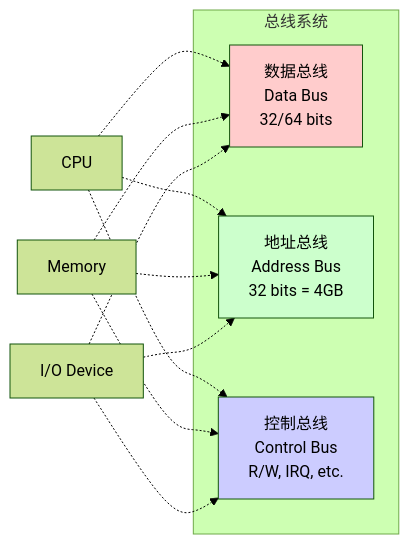
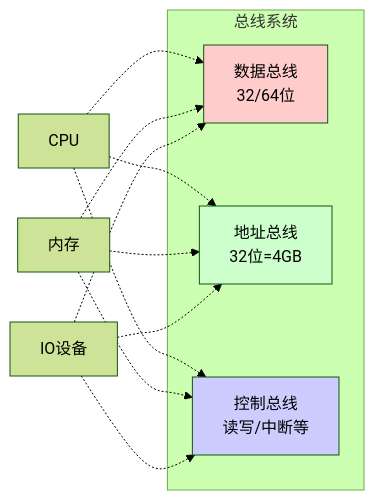
Before and after one commit to laoliu-463/-11: the second of 3 diagrams in 计算机组成原理/1-核心笔记/精简版/22-总线系统.md, drawn with Mermaid (forest theme). The commit also changed other lines of this file and 6 other files, not shown here.

````diff
--- a/计算机组成原理/1-核心笔记/精简版/22-总线系统.md
+++ b/计算机组成原理/1-核心笔记/精简版/22-总线系统.md
@@ -120,24 +98,24 @@
 ```mermaid
 graph LR
-    subgraph BUS[总线系统]
-        DB[数据总线<br/>Data Bus<br/>32/64 bits]
-        AB[地址总线<br/>Address Bus<br/>32 bits = 4GB]
-        CB[控制总线<br/>Control Bus<br/>R/W, IRQ, etc.]
+    subgraph 总线系统
+        数据总线[数据总线<br/>32/64位]
+        地址总线[地址总线<br/>32位=4GB]
+        控制总线[控制总线<br/>读写/中断等]
     end
     
-    CPU[CPU] -.-> DB
-    CPU -.-> AB
-    CPU -.-> CB
+    CPU -.-> 数据总线
+    CPU -.-> 地址总线
+    CPU -.-> 控制总线
     
-    MEM[Memory] -.-> DB
-    MEM -.-> AB
-    MEM -.-> CB
+    内存 -.-> 数据总线
+    内存 -.-> 地址总线
+    内存 -.-> 控制总线
     
-    IO[I/O Device] -.-> DB
-    IO -.-> AB
-    IO -.-> CB
+    IO设备 -.-> 数据总线
+    IO设备 -.-> 地址总线
+    IO设备 -.-> 控制总线
     
-    style DB fill:#ffcccc
-    style AB fill:#ccffcc
-    style CB fill:#ccccff
+    style 数据总线 fill:#ffcccc
+    style 地址总线 fill:#ccffcc
+    style 控制总线 fill:#ccccff
 ```
````
